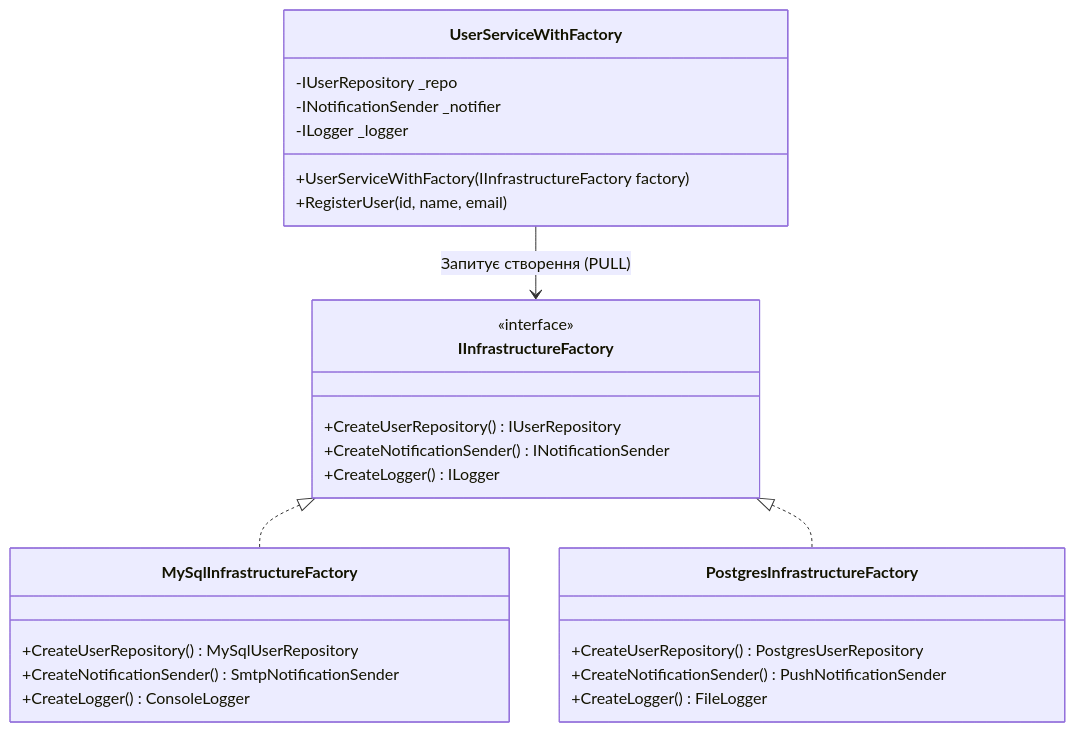
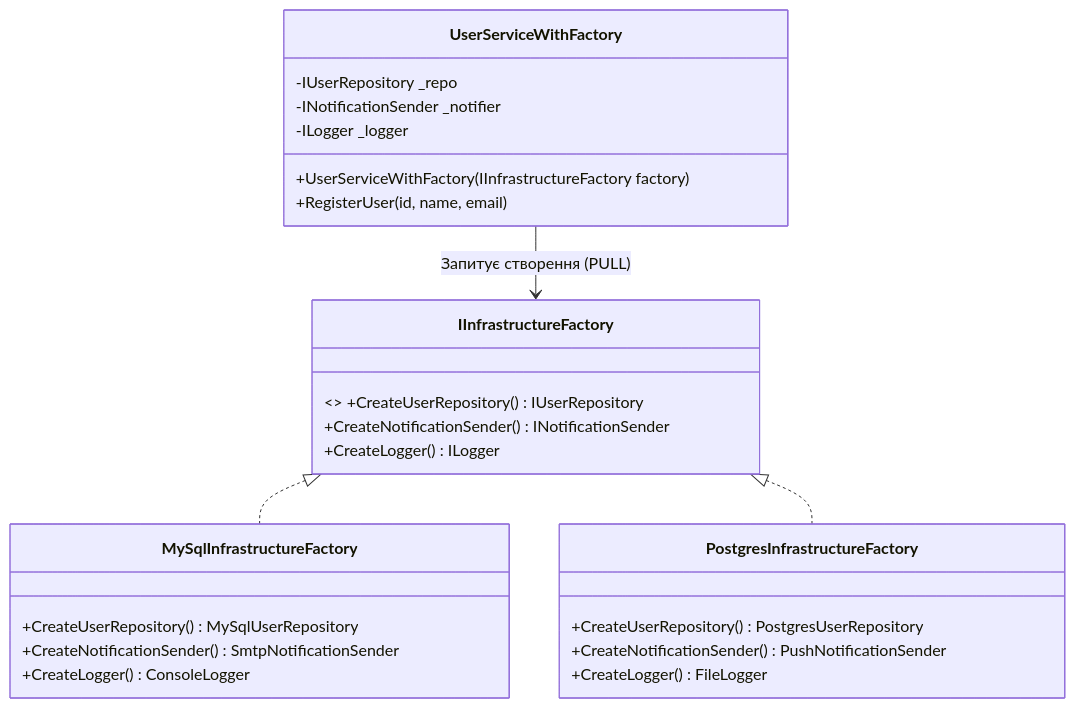
The third of 6 diagrams in 08-Architecture-And-Patterns/01-SOLID-Principles/OOP - SOLID/Docs/06_DIP_IoC_DI_Containers_DeepDive.md (MrTomkaYurii/CSharp-OOP-Mastery), drawn with Mermaid before and after one commit. The commit also changed other lines of this file and 246 other files, not shown here.

Commit message:
feat(architecture): restructure 08 around SOLID, Generic Host (Config & Logging), DI, AutoMapper, Spectre.Console and 3-tier EF Core app

````diff
--- a/08-Architecture-And-Patterns/01-SOLID-Principles/OOP - SOLID/Docs/06_DIP_IoC_DI_Containers_DeepDive.md
+++ b/08-Architecture-And-Patterns/01-SOLID-Principles/OOP - SOLID/Docs/06_DIP_IoC_DI_Containers_DeepDive.md
@@ -150,33 +150,32 @@
 ```mermaid
 classDiagram
     class IInfrastructureFactory {
-        <<interface>>
-        +CreateUserRepository() IUserRepository
+        <<interface>> +CreateUserRepository() IUserRepository
         +CreateNotificationSender() INotificationSender
         +CreateLogger() ILogger
     }
 
     class MySqlInfrastructureFactory {
         +CreateUserRepository() MySqlUserRepository
         +CreateNotificationSender() SmtpNotificationSender
         +CreateLogger() ConsoleLogger
     }
 
     class PostgresInfrastructureFactory {
         +CreateUserRepository() PostgresUserRepository
         +CreateNotificationSender() PushNotificationSender
         +CreateLogger() FileLogger
     }
 
     class UserServiceWithFactory {
         -IUserRepository _repo
         -INotificationSender _notifier
         -ILogger _logger
         +UserServiceWithFactory(IInfrastructureFactory factory)
         +RegisterUser(id, name, email)
     }
 
     IInfrastructureFactory <|.. MySqlInfrastructureFactory
     IInfrastructureFactory <|.. PostgresInfrastructureFactory
     UserServiceWithFactory --> IInfrastructureFactory : Запитує створення (PULL)
 ```
````
